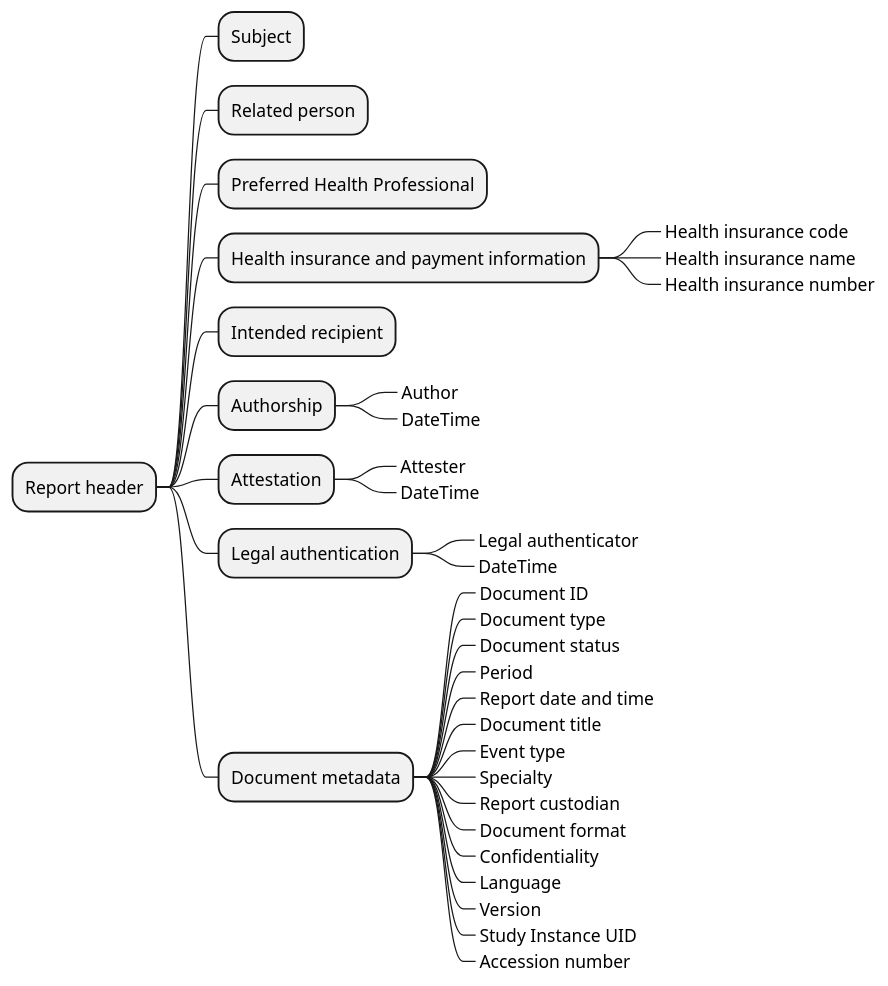
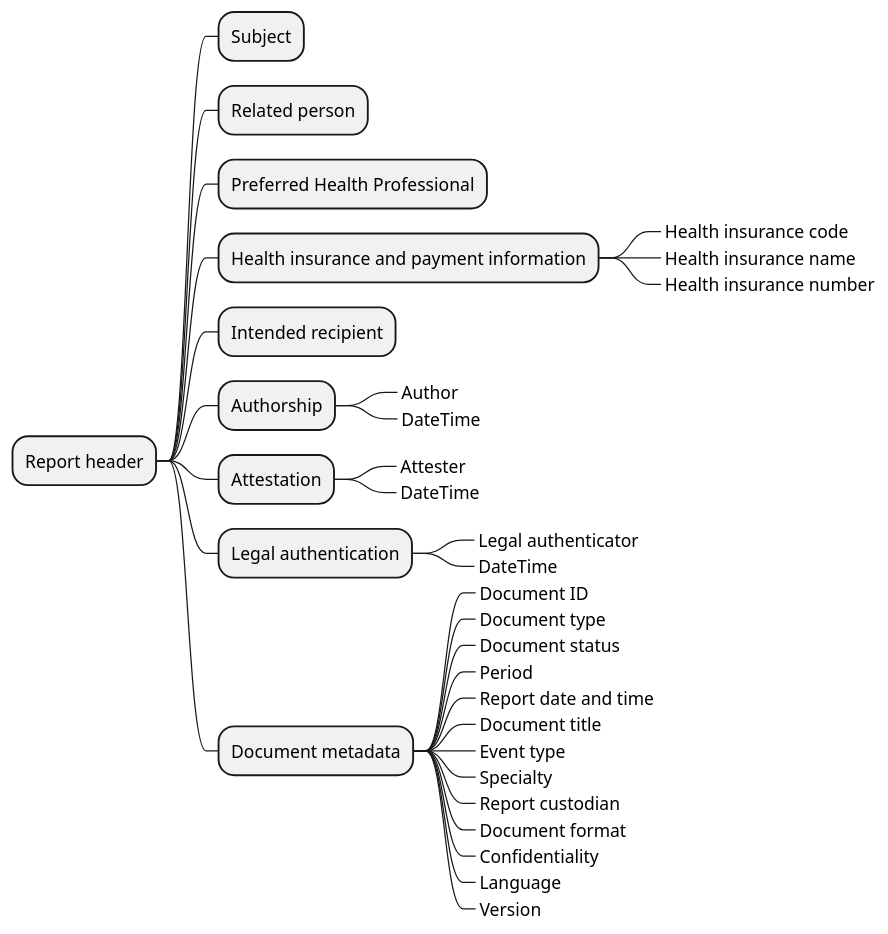
Before and after one commit to Xt-EHR/xt-ehr-common: the diagram in input/images-source/labReportHeader_CIM.plantuml, drawn with PlantUML.

```diff
--- a/input/images-source/labReportHeader_CIM.plantuml
+++ b/input/images-source/labReportHeader_CIM.plantuml
@@ -1,36 +1,34 @@
 @startmindmap
 * Report header
 ** Subject
 ** Related person
 ** Preferred Health Professional
 ** Health insurance and payment information
 ***_ Health insurance code
 ***_ Health insurance name
 ***_ Health insurance number
 ** Intended recipient
 ** Authorship
 ***_ Author
 ***_ DateTime
 ** Attestation
 ***_ Attester
 ***_ DateTime
 ** Legal authentication
 ***_ Legal authenticator
 ***_ DateTime
 ** Document metadata
 ***_ Document ID
 ***_ Document type
 ***_ Document status
 ***_ Period
 ***_ Report date and time
 ***_ Document title
 ***_ Event type
 ***_ Specialty
 ***_ Report custodian
 ***_ Document format
 ***_ Confidentiality
 ***_ Language
 ***_ Version
-***_ Study Instance UID
-***_ Accession number
 @endmindmap
```
